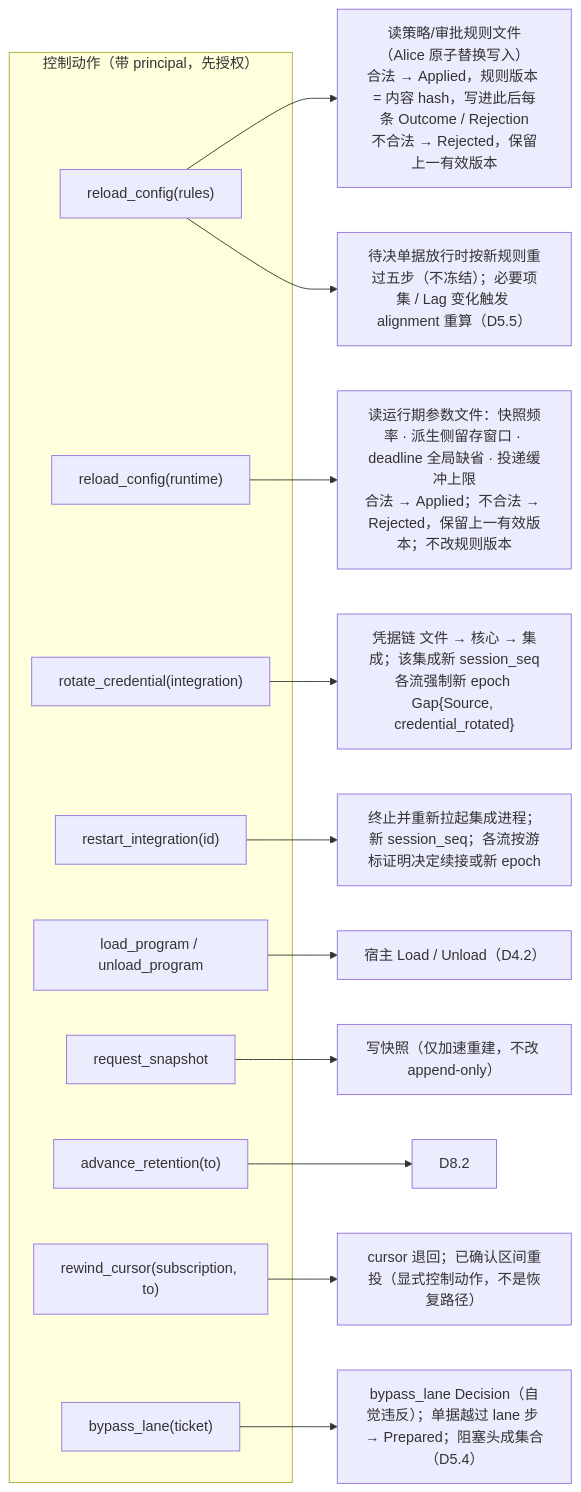
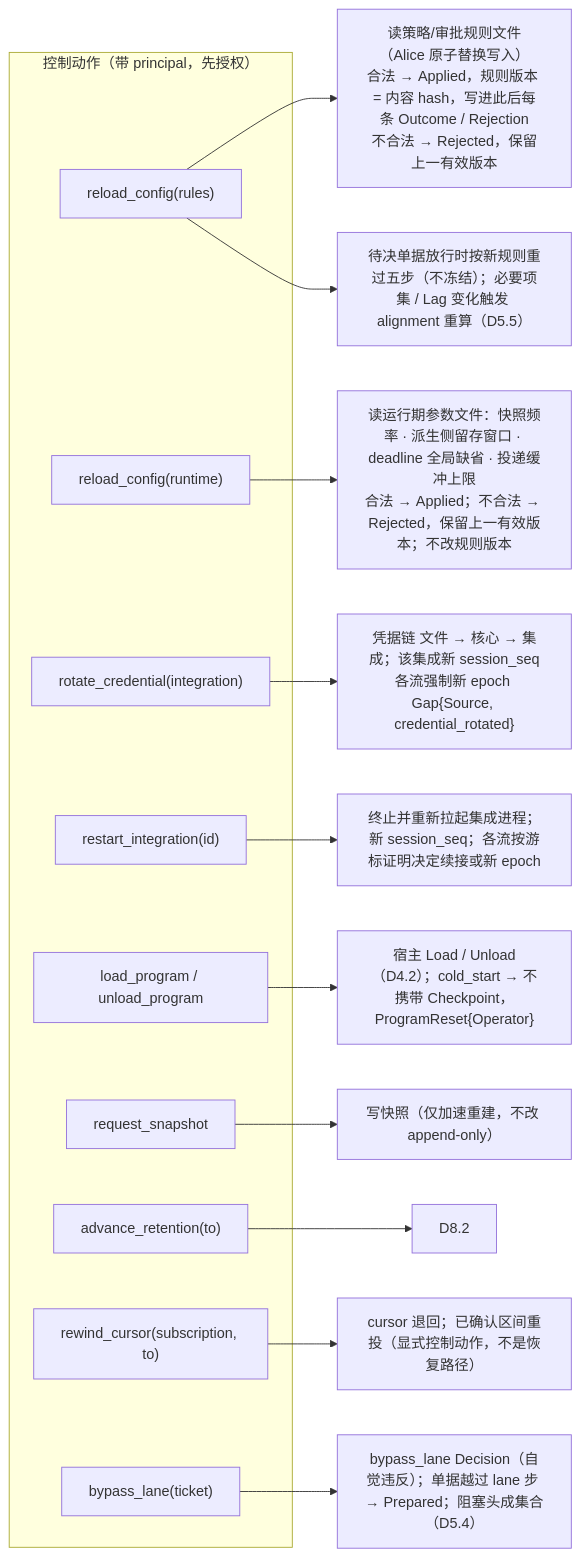
One commit to mouriya-s-lab/uta changed the fourth of 4 diagrams in design/diagrams/09-alice-session.md. Above: the diagram before and after it, drawn with Mermaid. The commit also changed other lines of this file and 24 other files, not shown here.

````diff
--- a/design/diagrams/09-alice-session.md
+++ b/design/diagrams/09-alice-session.md
@@ -116,24 +116,24 @@
 ```mermaid
 flowchart LR
   subgraph ACT["控制动作（带 principal，先授权）"]
     A1["reload_config(rules)"]
     A1r["reload_config(runtime)"]
     A2["rotate_credential(integration)"]
     A3["restart_integration(id)"]
     A4["load_program / unload_program"]
     A5["request_snapshot"]
     A6["advance_retention(to)"]
     A7["rewind_cursor(subscription, to)"]
     A8["bypass_lane(ticket)"]
   end
   A1 --> F1["读策略/审批规则文件（Alice 原子替换写入）<br/>合法 → Applied，规则版本 = 内容 hash，写进此后每条 Outcome / Rejection<br/>不合法 → Rejected，保留上一有效版本"]
   A1 --> F1b["待决单据放行时按新规则重过五步（不冻结）；必要项集 / Lag 变化触发 alignment 重算（D5.5）"]
   A1r --> F1c["读运行期参数文件：快照频率 · 派生侧留存窗口 · deadline 全局缺省 · 投递缓冲上限<br/>合法 → Applied；不合法 → Rejected，保留上一有效版本；不改规则版本"]
   A2 --> F2["凭据链 文件 → 核心 → 集成；该集成新 session_seq<br/>各流强制新 epoch Gap{Source, credential_rotated}"]
   A3 --> F3["终止并重新拉起集成进程；新 session_seq；各流按游标证明决定续接或新 epoch"]
-  A4 --> F4["宿主 Load / Unload（D4.2）"]
+  A4 --> F4["宿主 Load / Unload（D4.2）；cold_start → 不携带 Checkpoint，ProgramReset{Operator}"]
   A5 --> F5["写快照（仅加速重建，不改 append-only）"]
   A6 --> F6["D8.2"]
   A7 --> F7["cursor 退回；已确认区间重投（显式控制动作，不是恢复路径）"]
   A8 --> F8["bypass_lane Decision（自觉违反）；单据越过 lane 步 → Prepared；阻塞头成集合（D5.4）"]
 ```
````
